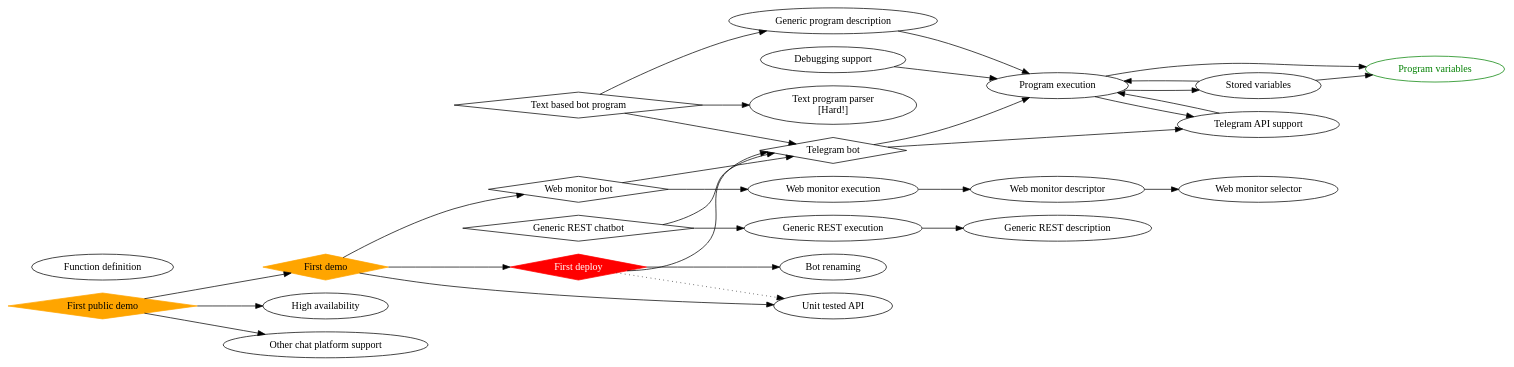
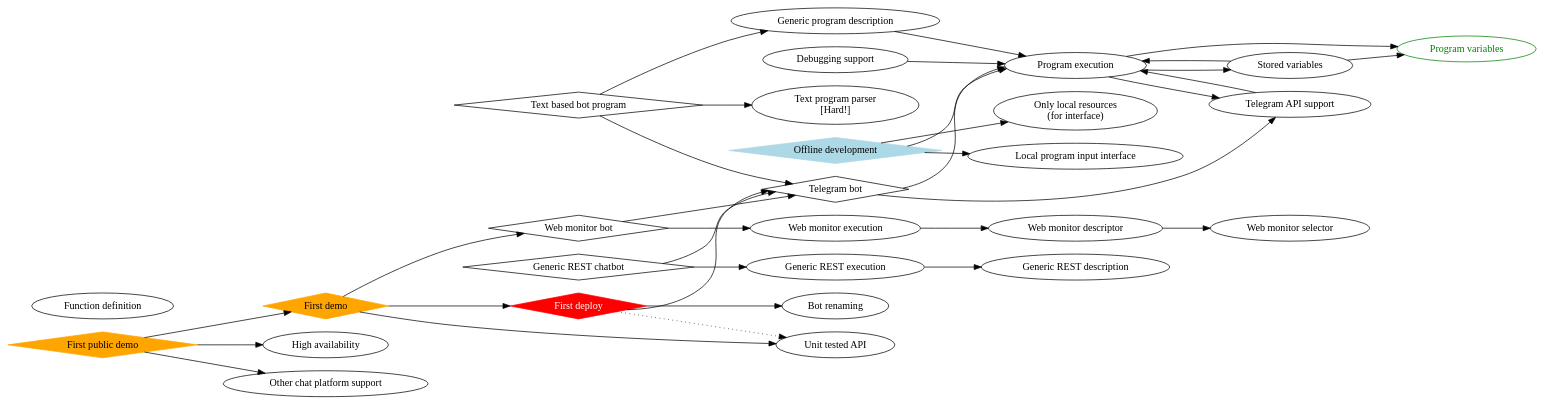
The diagram in docs/task-tree.dot (programaker-project/Programaker-Core), drawn with Graphviz before and after one commit.

Commit message:
Add development "offline development" milestone.

```diff
--- a/docs/task-tree.dot
+++ b/docs/task-tree.dot
@@ -1,89 +1,97 @@
 digraph {
     rankdir=LR;
 
     // Milestones
     telegram_bot[label="Telegram bot", shape=diamond];
     // First big (publicly deployed) milestone
     first_deploy[label="First deploy", shape=diamond, style=filled, color=red, fontcolor=white];
 
     web_monitor_bot[label="Web monitor bot", shape=diamond];
     first_demo[label="First demo", shape=diamond, style=filled, color=orange];
     first_public_demo[label="First public demo", shape=diamond, style=filled, color=orange];
 
     generic_rest_chatbot[label="Generic REST chatbot", shape=diamond];
     text_based_program_bot[label="Text based bot program", shape=diamond];
+
+    offline_development[label="Offline development", shape=diamond, style=filled, color=lightblue];
 
     // Tasks
     program_execution[label="Program execution"];
     telegram_api_support[label="Telegram API support"];
     debugging_support[label="Debugging support"];
 
     bot_renaming[label="Bot renaming"];
     unit_tested_api[label="Unit tested API"];
 
     program_variables[label="Program variables", color=green, fontcolor=green];
     stored_variables[label="Stored variables"];
     function_definition[label="Function definition"];
 
     web_monitor_selector[label="Web monitor selector"];
     web_monitor_description[label="Web monitor descriptor"];
     web_monitor_execution[label="Web monitor execution"];
 
     generic_rest_execution[label="Generic REST execution"];
     generic_rest_description[label="Generic REST description"];
 
     text_program_parser[label="Text program parser\n[Hard!]"];
     generic_program_description[label="Generic program description"];
 
     high_availability[label="High availability"];
 
     other_chat_platform_support[label="Other chat platform support"];
+    only_local_resources[label="Only local resources\n(for interface)"];
+    local_program_input_interface[label="Local program input interface"];
 
     // Dependencies
     program_execution -> program_variables;
     stored_variables -> program_variables;
 
     program_execution -> stored_variables;
     stored_variables -> program_execution;
 
     // First (internal) milestone
     telegram_api_support -> program_execution;
     program_execution -> telegram_api_support;
 
     telegram_bot -> program_execution;
     telegram_bot -> telegram_api_support;
 
     // No reason to deploy before something is doable 
     first_deploy -> telegram_bot;
     first_deploy -> bot_renaming;
 
     // We should have the tests before the deploy, but we can delay it
     first_deploy -> unit_tested_api[style=dotted];
 
     web_monitor_description -> web_monitor_selector;
     web_monitor_execution -> web_monitor_description;
 
     web_monitor_bot -> telegram_bot;
     web_monitor_bot -> web_monitor_execution;
     first_demo -> web_monitor_bot;
     // First demo has to work for sure, so unit-testing is *required* at this point
     first_demo -> unit_tested_api;
     // It also requires a working deployment
     first_demo -> first_deploy;
 
     first_public_demo -> first_demo;
     first_public_demo -> high_availability;
     first_public_demo -> other_chat_platform_support;
 
     generic_rest_execution -> generic_rest_description;
 
     generic_rest_chatbot -> telegram_bot;
     generic_rest_chatbot -> generic_rest_execution;
 
     generic_program_description -> program_execution;
     text_based_program_bot -> telegram_bot;
     text_based_program_bot -> generic_program_description;
     text_based_program_bot -> text_program_parser;
 
     debugging_support -> program_execution;
+
+    offline_development -> program_execution;
+    offline_development -> only_local_resources;
+    offline_development -> local_program_input_interface;
 }
```
